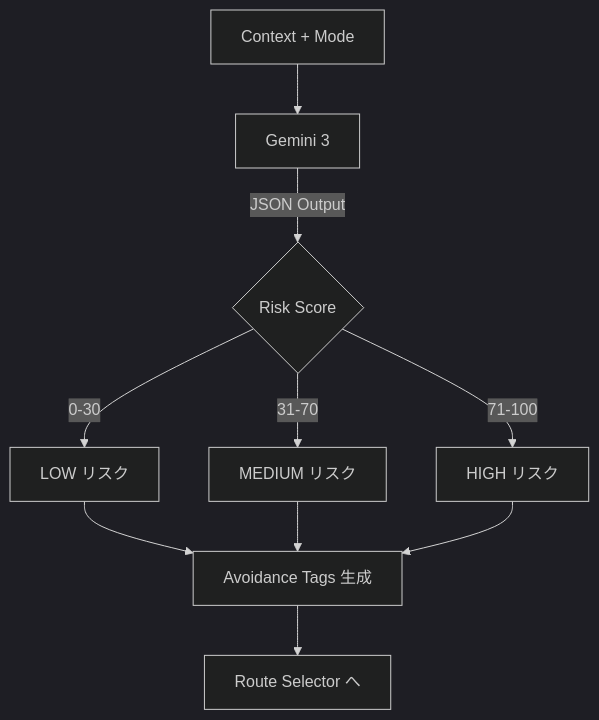
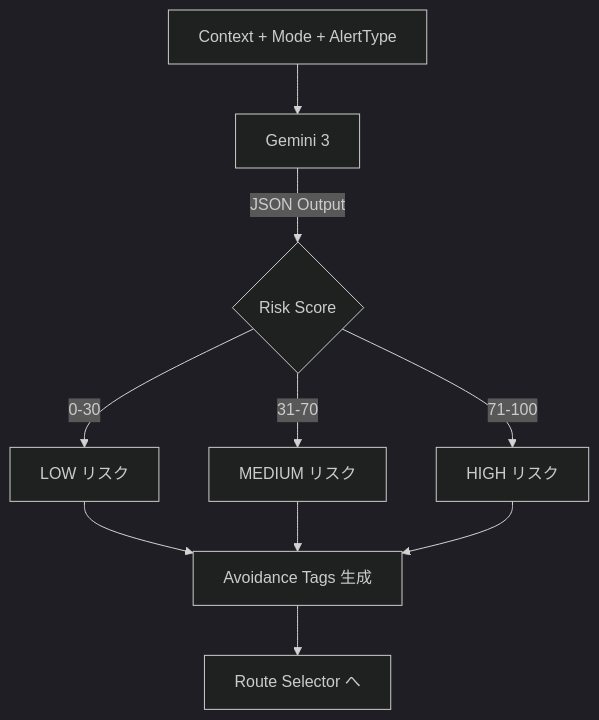
The third of 6 diagrams in Docs/確定/05_詳細設計書.md (Ryg-appdev/safe-routing-ai-navigation), drawn with Mermaid (dark theme) before and after one commit. The commit also changed other lines of this file and 6 other files, not shown here.

````diff
--- a/Docs/確定/05_詳細設計書.md
+++ b/Docs/確定/05_詳細設計書.md
@@ -67,13 +66,13 @@
 ```mermaid
 flowchart TD
-    CTX[Context + Mode] --> G3[Gemini 3]
-    G3 --> |JSON Output| RS{Risk Score}
-    RS -->|0-30| LOW[LOW リスク]
-    RS -->|31-70| MED[MEDIUM リスク]
-    RS -->|71-100| HIGH[HIGH リスク]
+    CTX["Context + Mode + AlertType"] --> G3["Gemini 3"]
+    G3 --> |JSON Output| RS{"Risk Score"}
+    RS -->|0-30| LOW["LOW リスク"]
+    RS -->|31-70| MED["MEDIUM リスク"]
+    RS -->|71-100| HIGH["HIGH リスク"]
     
-    LOW --> TAGS[Avoidance Tags 生成]
+    LOW --> TAGS["Avoidance Tags 生成"]
     MED --> TAGS
     HIGH --> TAGS
-    TAGS --> A3[Route Selector へ]
+    TAGS --> A3["Route Selector へ"]
 ```
````
